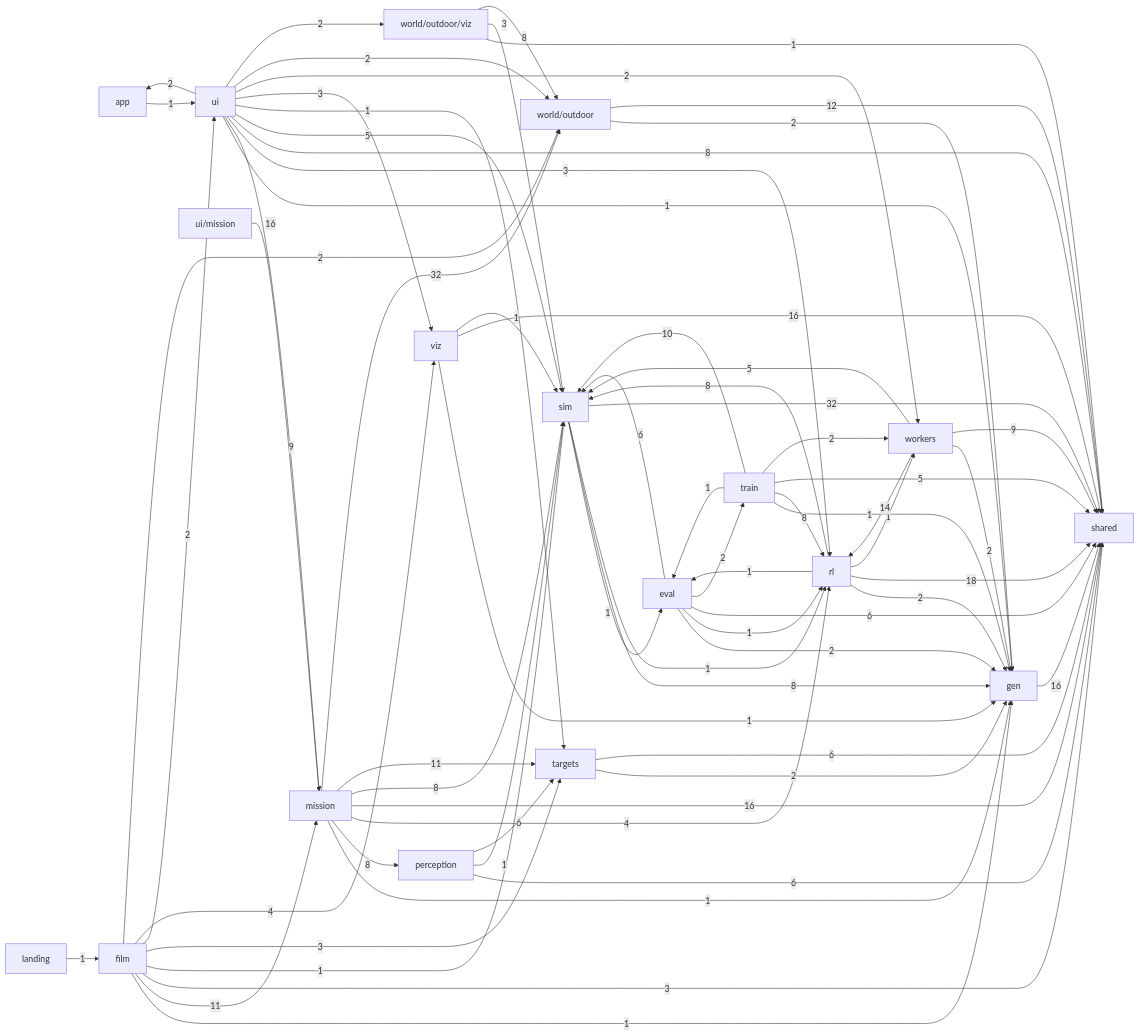
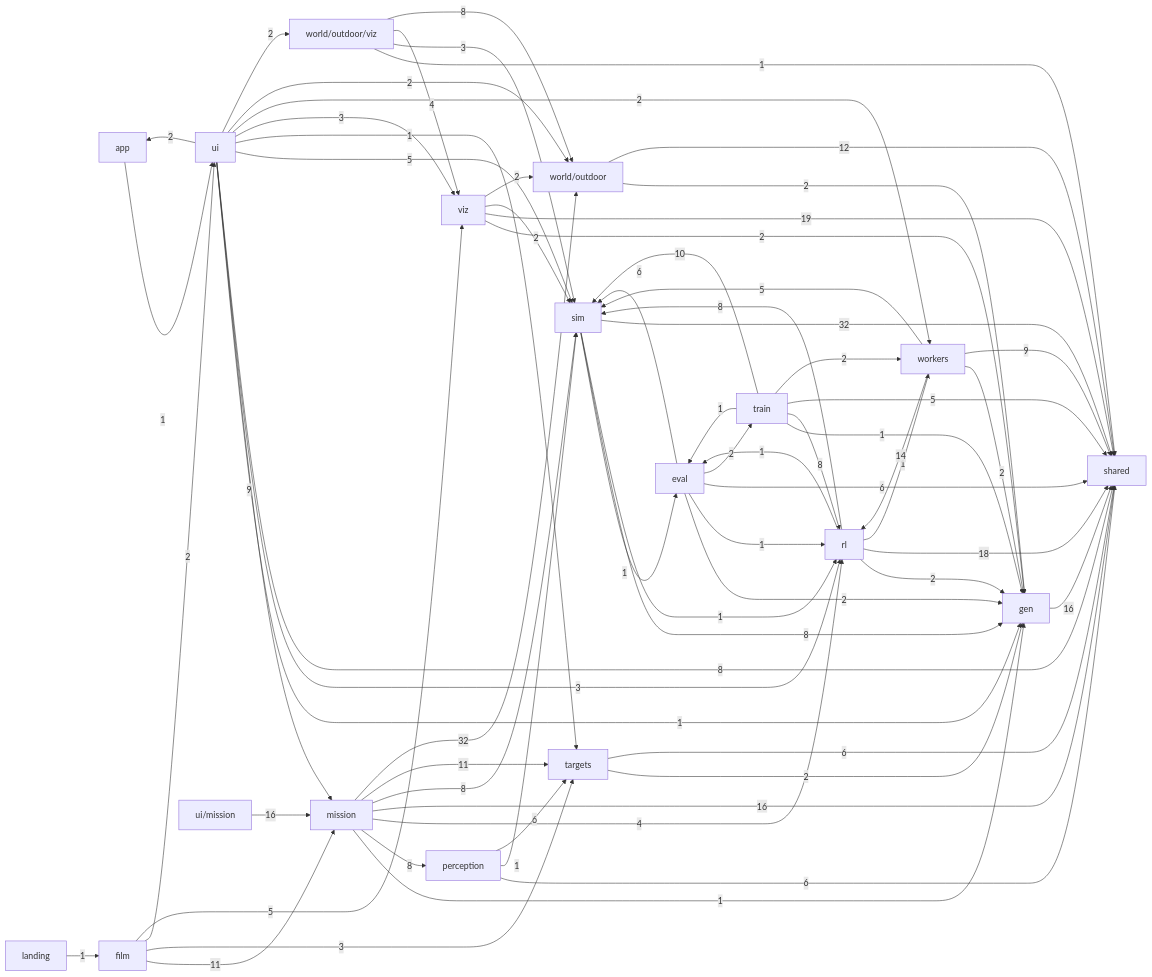
One commit to alexnieves-cs/frontier-fly changed the second of 2 diagrams in docs/ARCHITECTURE.md. Above: the diagram before and after it, drawn with Mermaid. The commit also changed other lines of this file and 10 other files, not shown here.

First line of the commit message:
Dress the outdoor world like the film: shared terrain, forest, sky and shells

```diff
--- a/docs/ARCHITECTURE.md
+++ b/docs/ARCHITECTURE.md
@@ -98,14 +98,10 @@
   eval -->|6| shared
   eval -->|6| sim
   eval -->|2| train
-  film -->|1| gen
   film -->|11| mission
-  film -->|3| shared
-  film -->|1| sim
   film -->|3| targets
   film -->|2| ui
-  film -->|4| viz
-  film -->|2| world_outdoor
+  film -->|5| viz
   gen -->|16| shared
   landing -->|1| film
   mission -->|1| gen
@@ -147,15 +143,17 @@
   ui -->|2| workers
   ui -->|2| world_outdoor
   ui -->|2| world_outdoor_viz
-  viz -->|1| gen
-  viz -->|16| shared
-  viz -->|1| sim
+  viz -->|2| gen
+  viz -->|19| shared
+  viz -->|2| sim
+  viz -->|2| world_outdoor
   workers -->|2| gen
   workers -->|14| rl
   workers -->|9| shared
   workers -->|5| sim
   world_outdoor_viz -->|1| shared
   world_outdoor_viz -->|3| sim
+  world_outdoor_viz -->|4| viz
   world_outdoor_viz -->|8| world_outdoor
   world_outdoor -->|2| gen
   world_outdoor -->|12| shared
```
